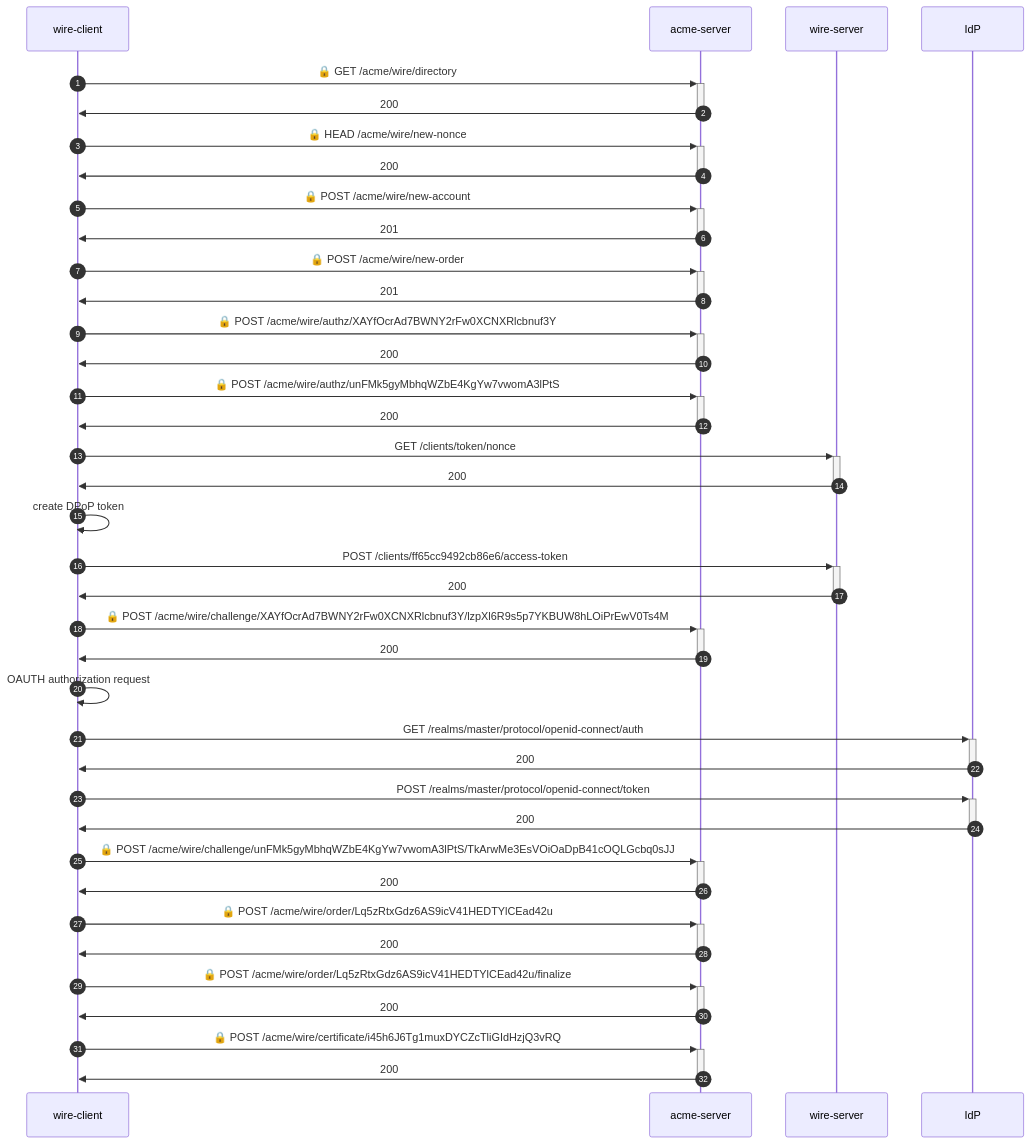
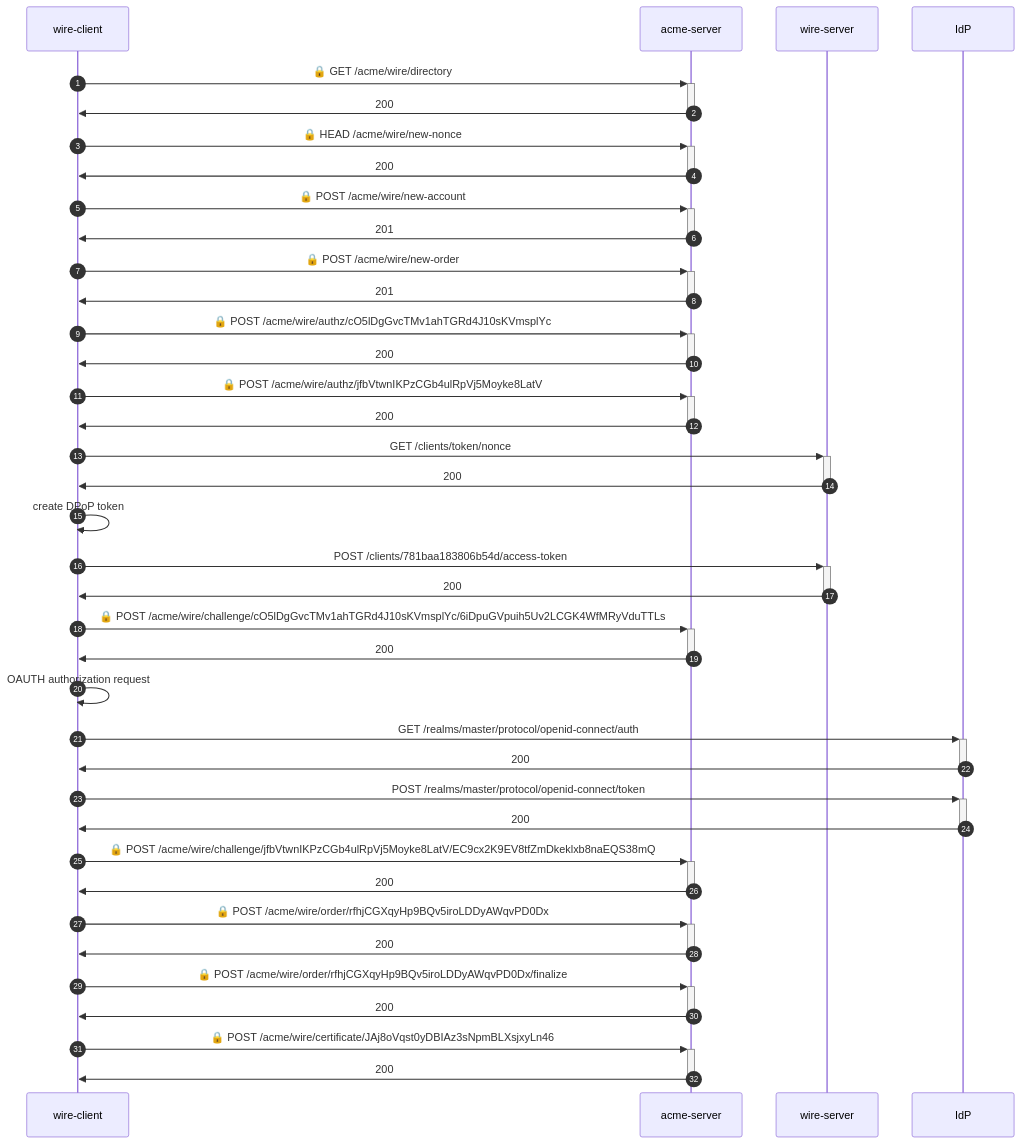
One commit to wireapp/rusty-jwt-tools changed the diagram in e2e-identity/README.md. Above: the diagram before and after it, drawn with Mermaid. The commit also changed other lines of this file and 8 other files, not shown here.

````diff
--- a/e2e-identity/README.md
+++ b/e2e-identity/README.md
@@ -3,36 +3,36 @@
 ```mermaid
 sequenceDiagram
     autonumber
     wire-client->>+acme-server: 🔒 GET /acme/wire/directory
     acme-server->>-wire-client: 200
     wire-client->>+acme-server: 🔒 HEAD /acme/wire/new-nonce
     acme-server->>-wire-client: 200
     wire-client->>+acme-server: 🔒 POST /acme/wire/new-account
     acme-server->>-wire-client: 201
     wire-client->>+acme-server: 🔒 POST /acme/wire/new-order
     acme-server->>-wire-client: 201
-    wire-client->>+acme-server: 🔒 POST /acme/wire/authz/XAYfOcrAd7BWNY2rFw0XCNXRlcbnuf3Y
+    wire-client->>+acme-server: 🔒 POST /acme/wire/authz/cO5lDgGvcTMv1ahTGRd4J10sKVmsplYc
     acme-server->>-wire-client: 200
-    wire-client->>+acme-server: 🔒 POST /acme/wire/authz/unFMk5gyMbhqWZbE4KgYw7vwomA3lPtS
+    wire-client->>+acme-server: 🔒 POST /acme/wire/authz/jfbVtwnIKPzCGb4ulRpVj5Moyke8LatV
     acme-server->>-wire-client: 200
     wire-client->>+wire-server:  GET /clients/token/nonce
     wire-server->>-wire-client: 200
     wire-client->>wire-client: create DPoP token
-    wire-client->>+wire-server:  POST /clients/ff65cc9492cb86e6/access-token
+    wire-client->>+wire-server:  POST /clients/781baa183806b54d/access-token
     wire-server->>-wire-client: 200
-    wire-client->>+acme-server: 🔒 POST /acme/wire/challenge/XAYfOcrAd7BWNY2rFw0XCNXRlcbnuf3Y/lzpXl6R9s5p7YKBUW8hLOiPrEwV0Ts4M
+    wire-client->>+acme-server: 🔒 POST /acme/wire/challenge/cO5lDgGvcTMv1ahTGRd4J10sKVmsplYc/6iDpuGVpuih5Uv2LCGK4WfMRyVduTTLs
     acme-server->>-wire-client: 200
     wire-client->>wire-client: OAUTH authorization request
     wire-client->>+IdP:  GET /realms/master/protocol/openid-connect/auth
     IdP->>-wire-client: 200
     wire-client->>+IdP:  POST /realms/master/protocol/openid-connect/token
     IdP->>-wire-client: 200
-    wire-client->>+acme-server: 🔒 POST /acme/wire/challenge/unFMk5gyMbhqWZbE4KgYw7vwomA3lPtS/TkArwMe3EsVOiOaDpB41cOQLGcbq0sJJ
+    wire-client->>+acme-server: 🔒 POST /acme/wire/challenge/jfbVtwnIKPzCGb4ulRpVj5Moyke8LatV/EC9cx2K9EV8tfZmDkeklxb8naEQS38mQ
     acme-server->>-wire-client: 200
-    wire-client->>+acme-server: 🔒 POST /acme/wire/order/Lq5zRtxGdz6AS9icV41HEDTYlCEad42u
+    wire-client->>+acme-server: 🔒 POST /acme/wire/order/rfhjCGXqyHp9BQv5iroLDDyAWqvPD0Dx
     acme-server->>-wire-client: 200
-    wire-client->>+acme-server: 🔒 POST /acme/wire/order/Lq5zRtxGdz6AS9icV41HEDTYlCEad42u/finalize
+    wire-client->>+acme-server: 🔒 POST /acme/wire/order/rfhjCGXqyHp9BQv5iroLDDyAWqvPD0Dx/finalize
     acme-server->>-wire-client: 200
-    wire-client->>+acme-server: 🔒 POST /acme/wire/certificate/i45h6J6Tg1muxDYCZcTliGIdHzjQ3vRQ
+    wire-client->>+acme-server: 🔒 POST /acme/wire/certificate/JAj8oVqst0yDBIAz3sNpmBLXsjxyLn46
     acme-server->>-wire-client: 200
 ```
````
